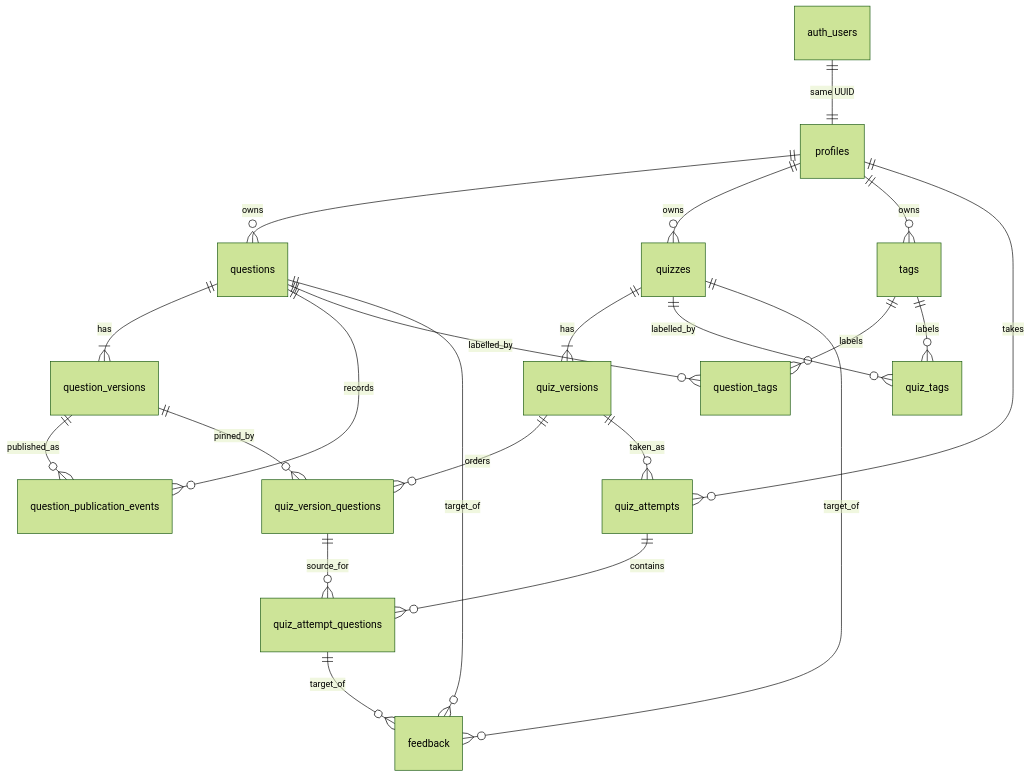
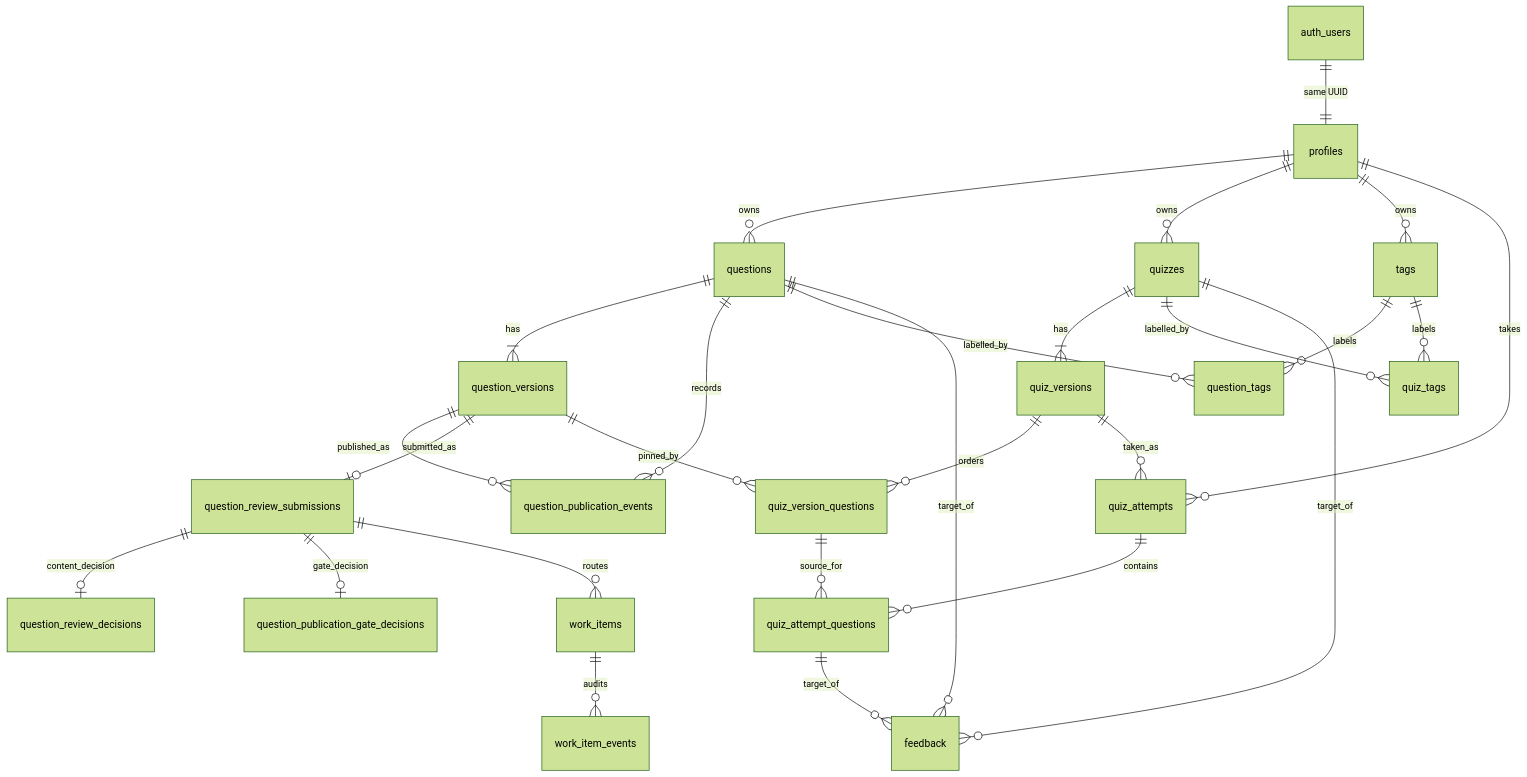
The diagram in docs/architecture/static/data.md (crennie/quiz-builder), drawn with Mermaid (forest theme) before and after one commit. The commit also changed other lines of this file and 21 other files, not shown here.

Commit message:
Add human content review workflow

````diff
--- a/docs/architecture/static/data.md
+++ b/docs/architecture/static/data.md
@@ -5,24 +5,29 @@
 ```mermaid
 erDiagram
     auth_users ||--|| profiles : "same UUID"
     profiles ||--o{ questions : owns
     profiles ||--o{ quizzes : owns
     profiles ||--o{ tags : owns
     profiles ||--o{ quiz_attempts : takes
     questions ||--|{ question_versions : has
     questions ||--o{ question_publication_events : records
     question_versions ||--o{ question_publication_events : published_as
+    question_versions ||--o| question_review_submissions : submitted_as
+    question_review_submissions ||--o| question_review_decisions : content_decision
+    question_review_submissions ||--o| question_publication_gate_decisions : gate_decision
+    question_review_submissions ||--o{ work_items : routes
+    work_items ||--o{ work_item_events : audits
     quizzes ||--|{ quiz_versions : has
     quiz_versions ||--o{ quiz_version_questions : orders
     question_versions ||--o{ quiz_version_questions : pinned_by
     quiz_versions ||--o{ quiz_attempts : taken_as
     quiz_attempts ||--o{ quiz_attempt_questions : contains
     quiz_version_questions ||--o{ quiz_attempt_questions : source_for
     questions ||--o{ question_tags : labelled_by
     tags ||--o{ question_tags : labels
     quizzes ||--o{ quiz_tags : labelled_by
     tags ||--o{ quiz_tags : labels
     questions ||--o{ feedback : target_of
     quizzes ||--o{ feedback : target_of
     quiz_attempt_questions ||--o{ feedback : target_of
 ```
````
